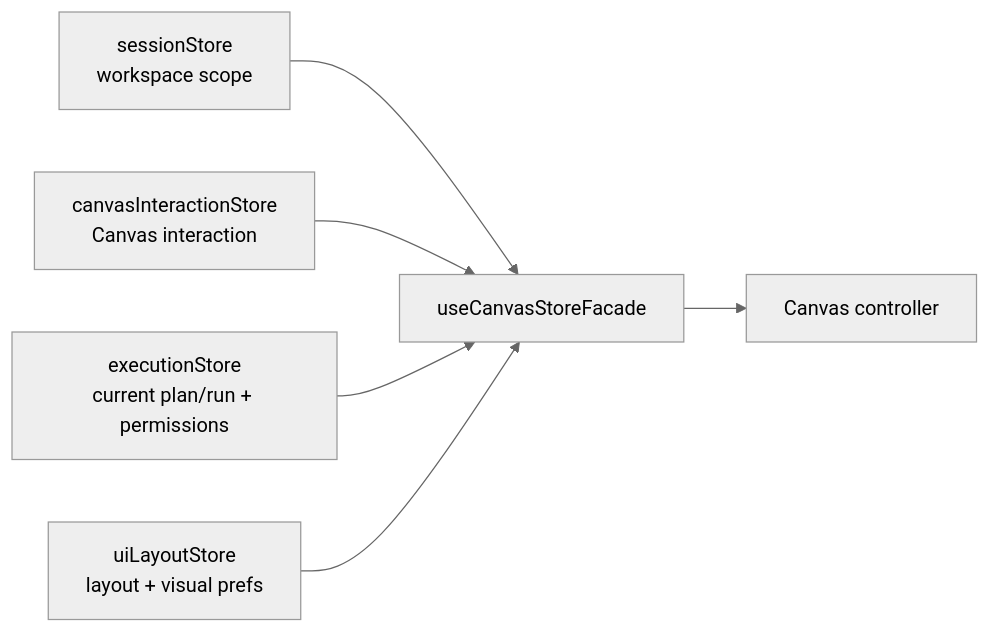
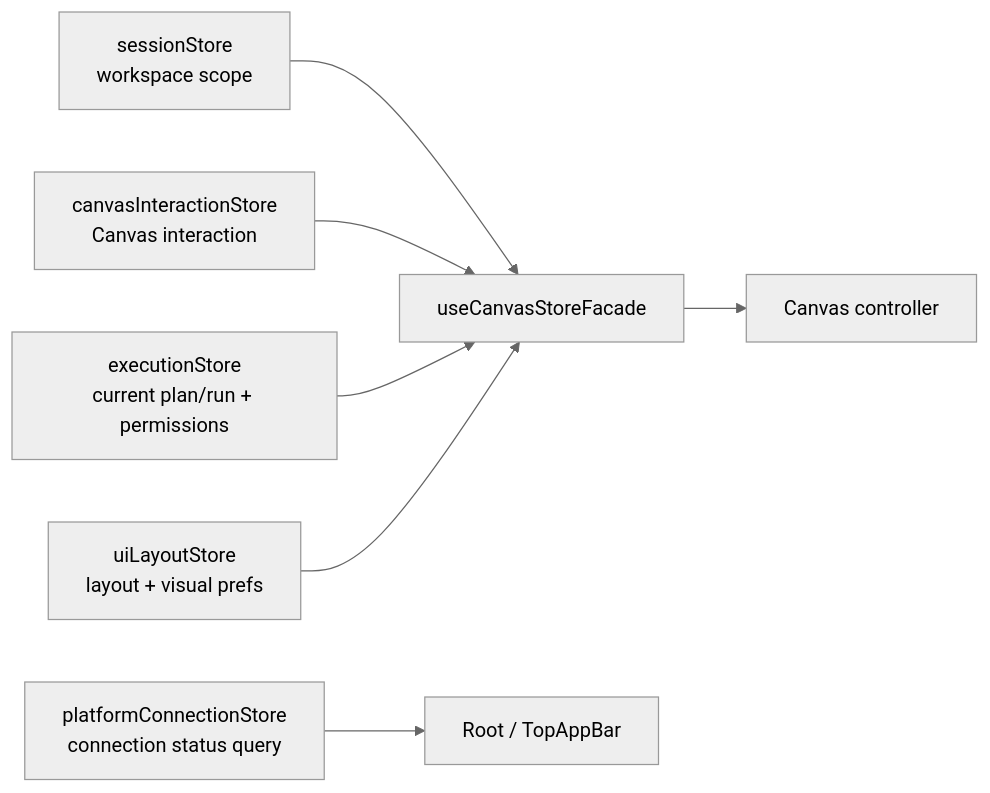
Before and after one commit to dunay2/dvt: the second of 3 diagrams in docs/architecture/components/web/web-store-domain-ownership-component.md, drawn with Mermaid (neutral theme). The commit also changed other lines of this file and 14 other files, not shown here.

Commit message:
refactor(web): Move platform connection status out of layout store

````diff
--- a/docs/architecture/components/web/web-store-domain-ownership-component.md
+++ b/docs/architecture/components/web/web-store-domain-ownership-component.md
@@ -30,15 +137,18 @@
 ```mermaid
 flowchart LR
   Session["sessionStore<br/>workspace scope"]
   Canvas["canvasInteractionStore<br/>Canvas interaction"]
   Execution["executionStore<br/>current plan/run + permissions"]
   Layout["uiLayoutStore<br/>layout + visual prefs"]
+  Status["platformConnectionStore<br/>connection status query"]
   Facade["useCanvasStoreFacade"]
   Controller["Canvas controller"]
+  Root["Root / TopAppBar"]
 
   Session --> Facade
   Canvas --> Facade
   Execution --> Facade
   Layout --> Facade
+  Status --> Root
   Facade --> Controller
 ```
````
